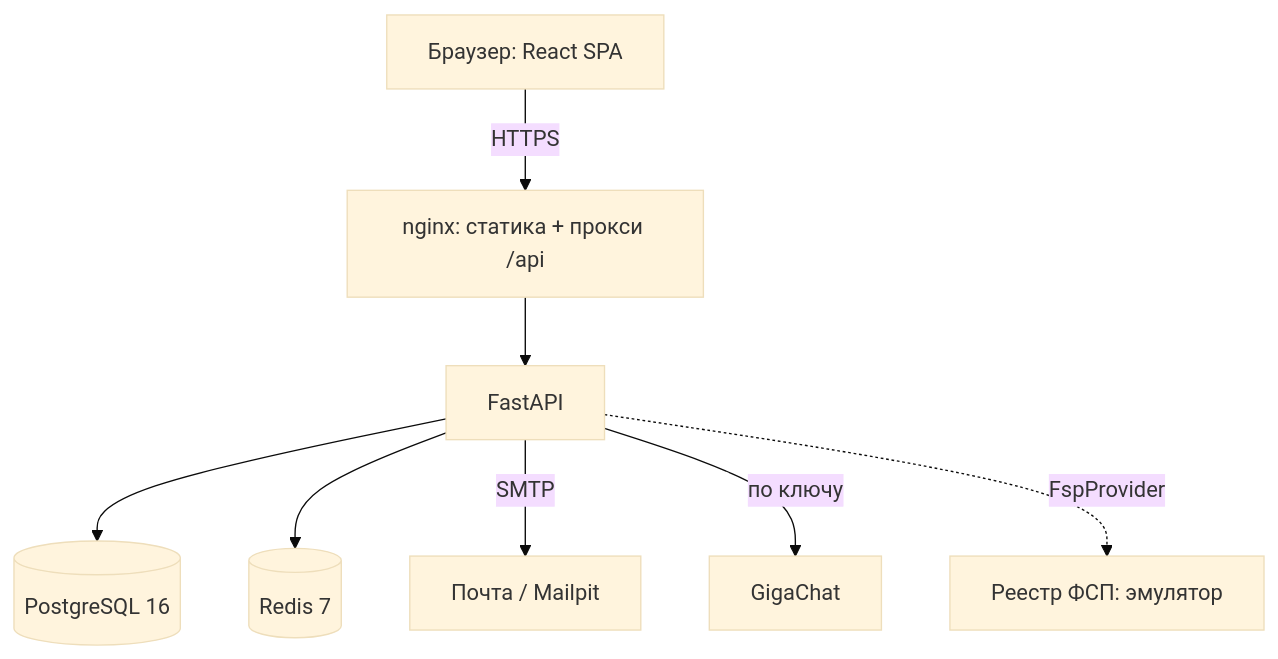
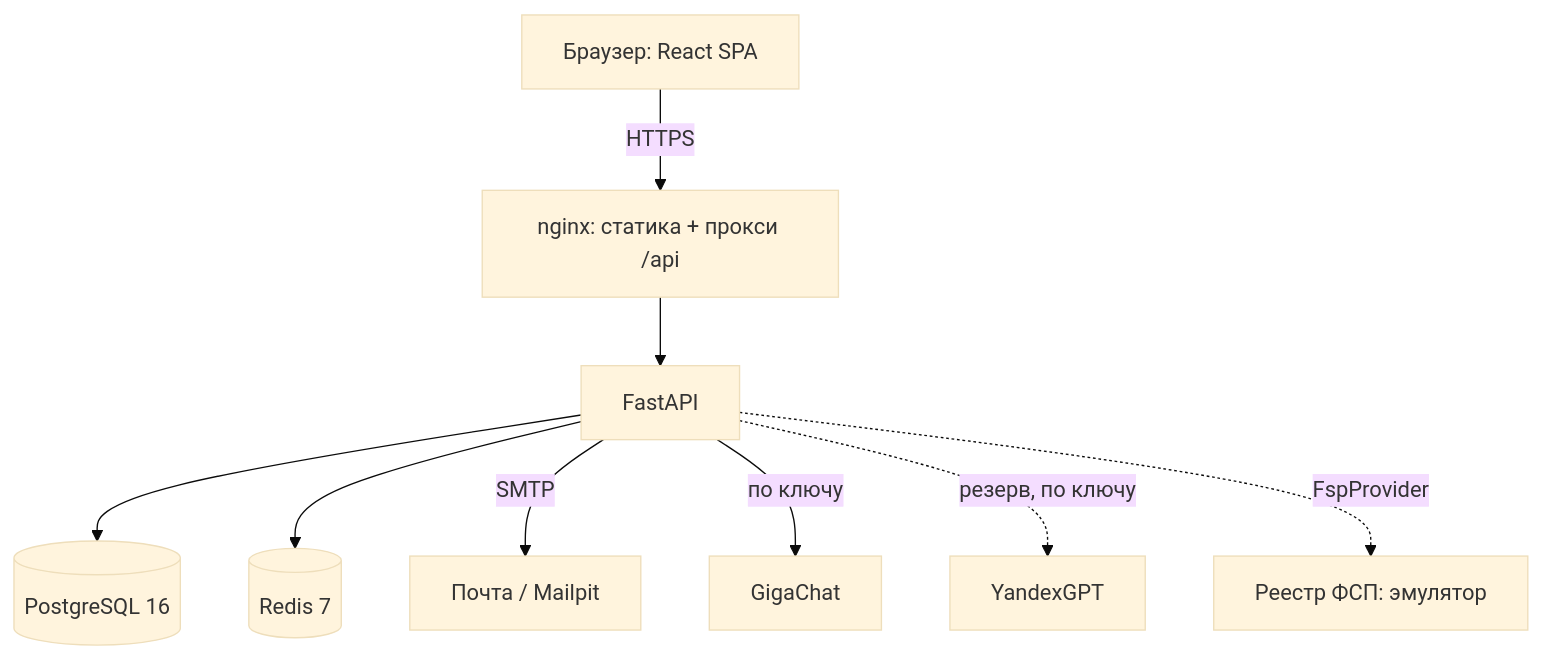
Before and after one commit to Fighter90/hyrekit_fsp: the diagram in README.md, drawn with Mermaid (base theme). The commit also changed other lines of this file and 35 other files, not shown here.

First line of the commit message:
LLM: резерв YandexGPT, статус провайдеров и описание интеграций (#14)

````diff
--- a/README.md
+++ b/README.md
@@ -237,10 +245,11 @@
 ```mermaid
 flowchart TB
   Browser[Браузер: React SPA] -->|HTTPS| Nginx[nginx: статика + прокси /api]
   Nginx --> API[FastAPI]
   API --> PG[(PostgreSQL 16)]
   API --> Redis[(Redis 7)]
   API -->|SMTP| Mail[Почта / Mailpit]
   API -->|по ключу| Giga[GigaChat]
+  API -.->|резерв, по ключу| YGPT[YandexGPT]
   API -.->|FspProvider| FSP[Реестр ФСП: эмулятор]
 ```
````
